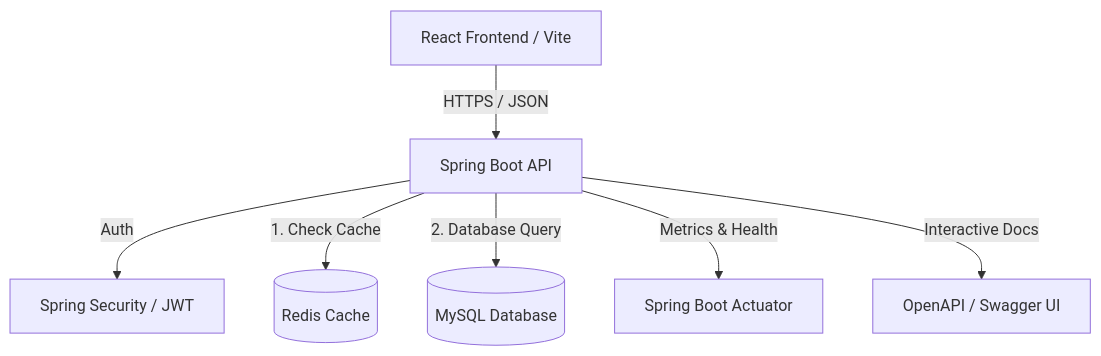
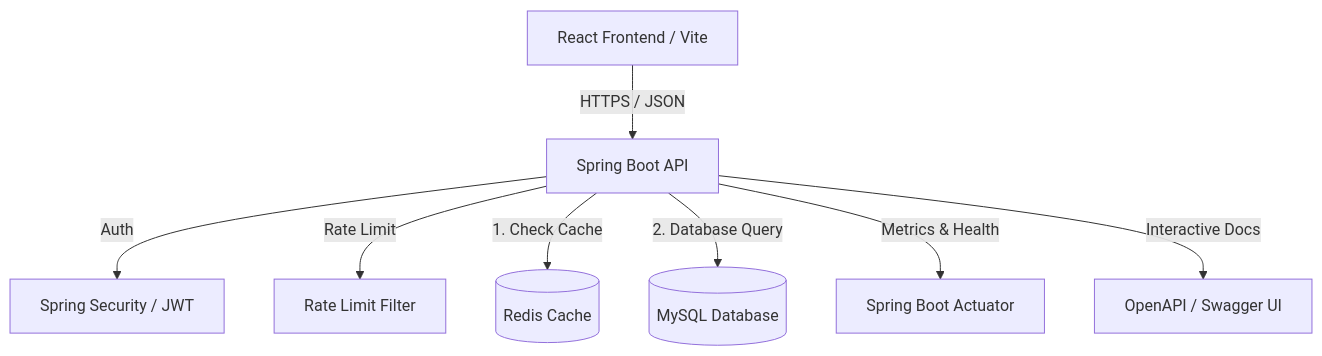
Before and after one commit to mrpython309/smartcart_ecom_springboot: the diagram in README.md, drawn with Mermaid. The commit also changed other lines of this file and 18 other files, not shown here.

````diff
--- a/README.md
+++ b/README.md
@@ -41,9 +57,10 @@
 ```mermaid
 graph TD
     Client[React Frontend / Vite] -->|HTTPS / JSON| API[Spring Boot API]
     API -->|Auth| Security[Spring Security / JWT]
+    API -->|Rate Limit| RateLimit[Rate Limit Filter]
     API -->|1. Check Cache| Redis[(Redis Cache)]
     API -->|2. Database Query| DB[(MySQL Database)]
     API -->|Metrics & Health| Actuator[Spring Boot Actuator]
     API -->|Interactive Docs| Swagger[OpenAPI / Swagger UI]
 ```
````
